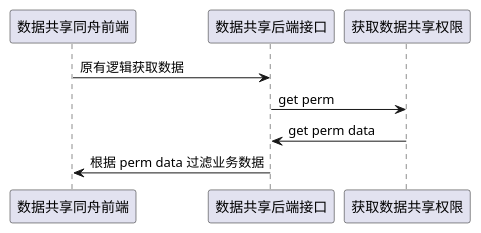
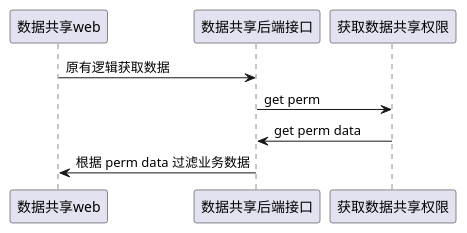
Before and after one commit to cmCAFEBABE/myProjects: the diagram in my_study/target/classes/project/plant_uml/同舟公告栏/数据共享二期_权限控制流.puml, drawn with PlantUML. The commit also changed 190 other files, not shown here.

```diff
--- a/my_study/target/classes/project/plant_uml/同舟公告栏/数据共享二期_权限控制流.puml
+++ b/my_study/target/classes/project/plant_uml/同舟公告栏/数据共享二期_权限控制流.puml
@@ -1,6 +1,6 @@
 @startuml
-数据共享同舟前端 -> 数据共享后端接口:原有逻辑获取数据
+数据共享web -> 数据共享后端接口:原有逻辑获取数据
 数据共享后端接口 -> 获取数据共享权限: get perm
 获取数据共享权限 -> 数据共享后端接口: get perm data
-数据共享后端接口 -> 数据共享同舟前端: 根据 perm data 过滤业务数据
+数据共享后端接口 -> 数据共享web: 根据 perm data 过滤业务数据
 @enduml
```
